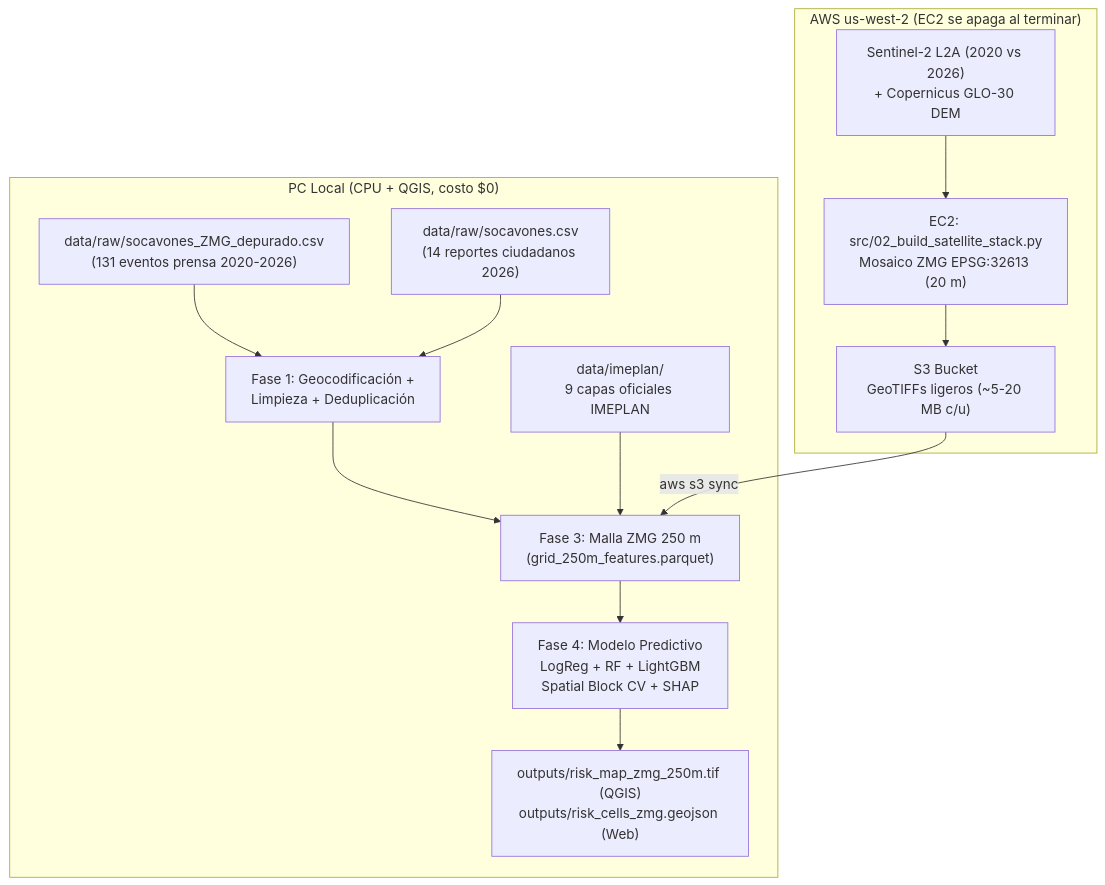
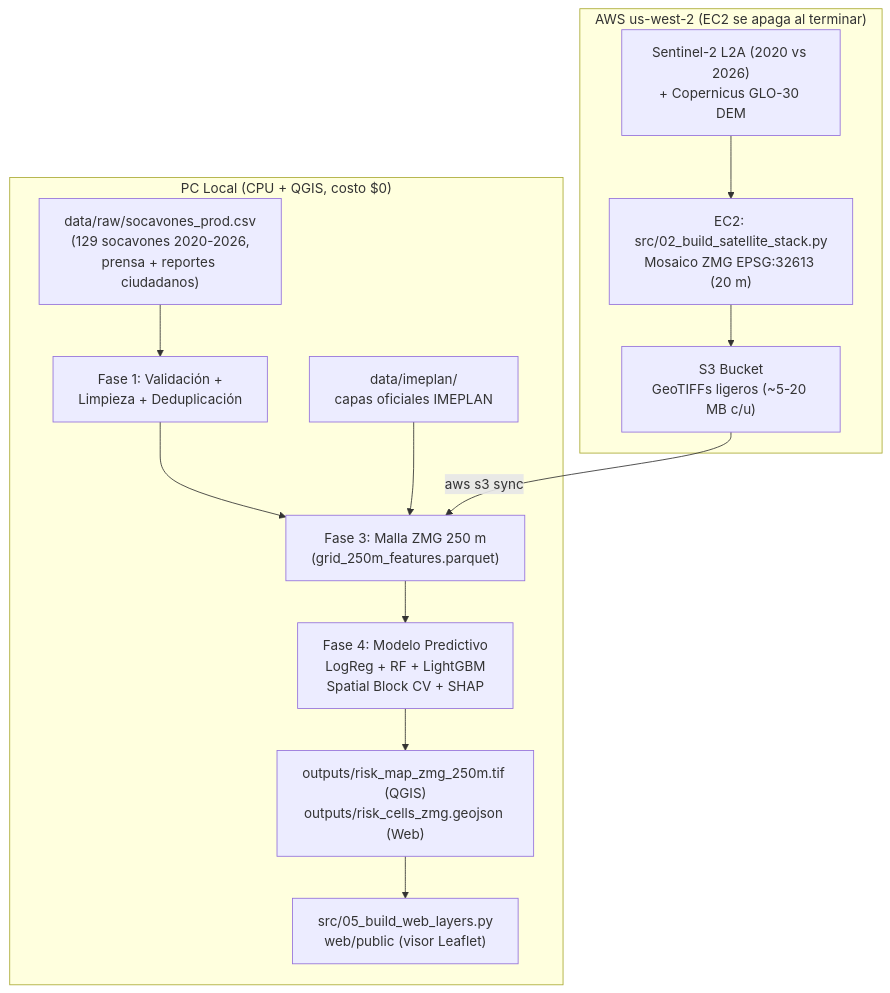
The diagram in PLAN.md (CarlosMuLa/SocavonesGDL), drawn with Mermaid before and after one commit. The commit also changed other lines of this file, not shown here.

First line of the commit message:
Actualizo PLAN.md para que coincida con lo que hacen los scripts de src/

````diff
--- a/PLAN.md
+++ b/PLAN.md
@@ -14,17 +14,17 @@
 ```mermaid
 flowchart TB
     subgraph AWS["AWS us-west-2 (EC2 se apaga al terminar)"]
         S2["Sentinel-2 L2A (2020 vs 2026)<br/>+ Copernicus GLO-30 DEM"] --> EC2["EC2: src/02_build_satellite_stack.py<br/>Mosaico ZMG EPSG:32613 (20 m)"]
         EC2 --> S3["S3 Bucket<br/>GeoTIFFs ligeros (~5-20 MB c/u)"]
     end
 
     subgraph LOCAL["PC Local (CPU + QGIS, costo $0)"]
-        CSV1["data/raw/socavones_ZMG_depurado.csv<br/>(131 eventos prensa 2020-2026)"] --> F1["Fase 1: Geocodificación +<br/>Limpieza + Deduplicación"]
-        CSV2["data/raw/socavones.csv<br/>(14 reportes ciudadanos 2026)"] --> F1
-        IME["data/imeplan/<br/>9 capas oficiales IMEPLAN"] --> F3["Fase 3: Malla ZMG 250 m<br/>(grid_250m_features.parquet)"]
+        CSV1["data/raw/socavones_prod.csv<br/>(129 socavones 2020-2026,<br/>prensa + reportes ciudadanos)"] --> F1["Fase 1: Validación +<br/>Limpieza + Deduplicación"]
+        IME["data/imeplan/<br/>capas oficiales IMEPLAN"] --> F3["Fase 3: Malla ZMG 250 m<br/>(grid_250m_features.parquet)"]
         S3 -- "aws s3 sync" --> F3
         F1 --> F3
         F3 --> F4["Fase 4: Modelo Predictivo<br/>LogReg + RF + LightGBM<br/>Spatial Block CV + SHAP"]
         F4 --> OUT["outputs/risk_map_zmg_250m.tif (QGIS)<br/>outputs/risk_cells_zmg.geojson (Web)"]
+        OUT --> WEB["src/05_build_web_layers.py<br/>web/public (visor Leaflet)"]
     end
 ```
````
